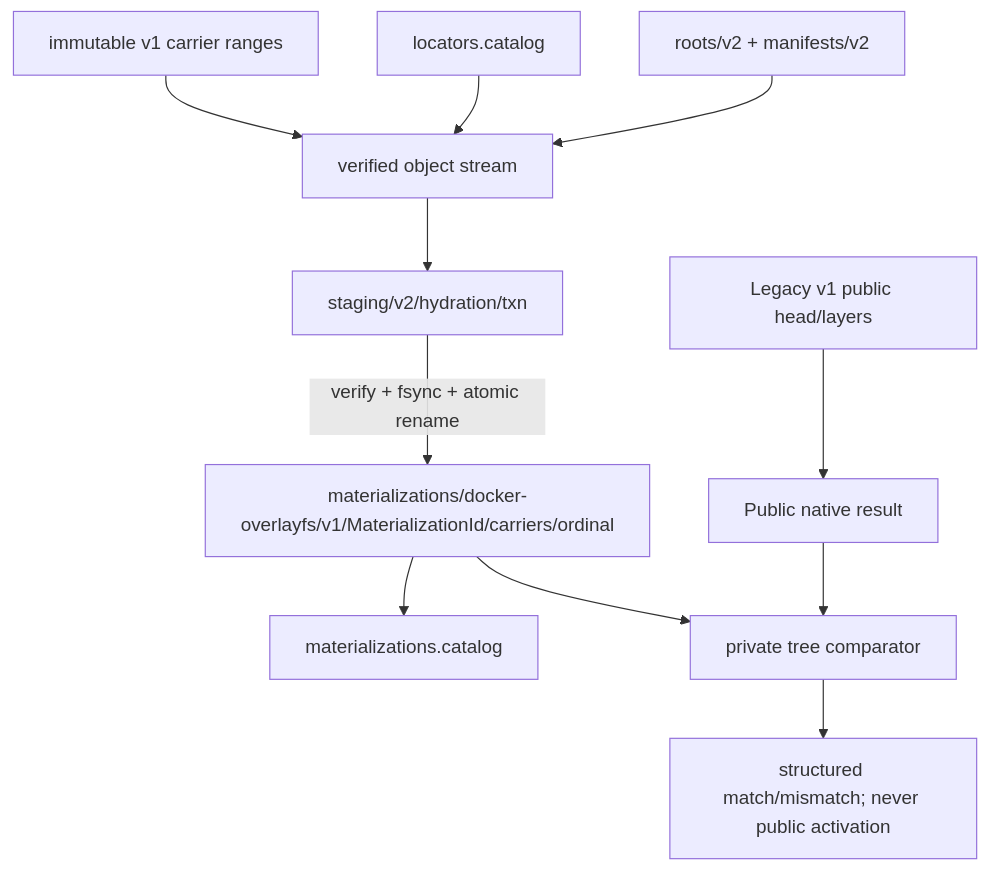
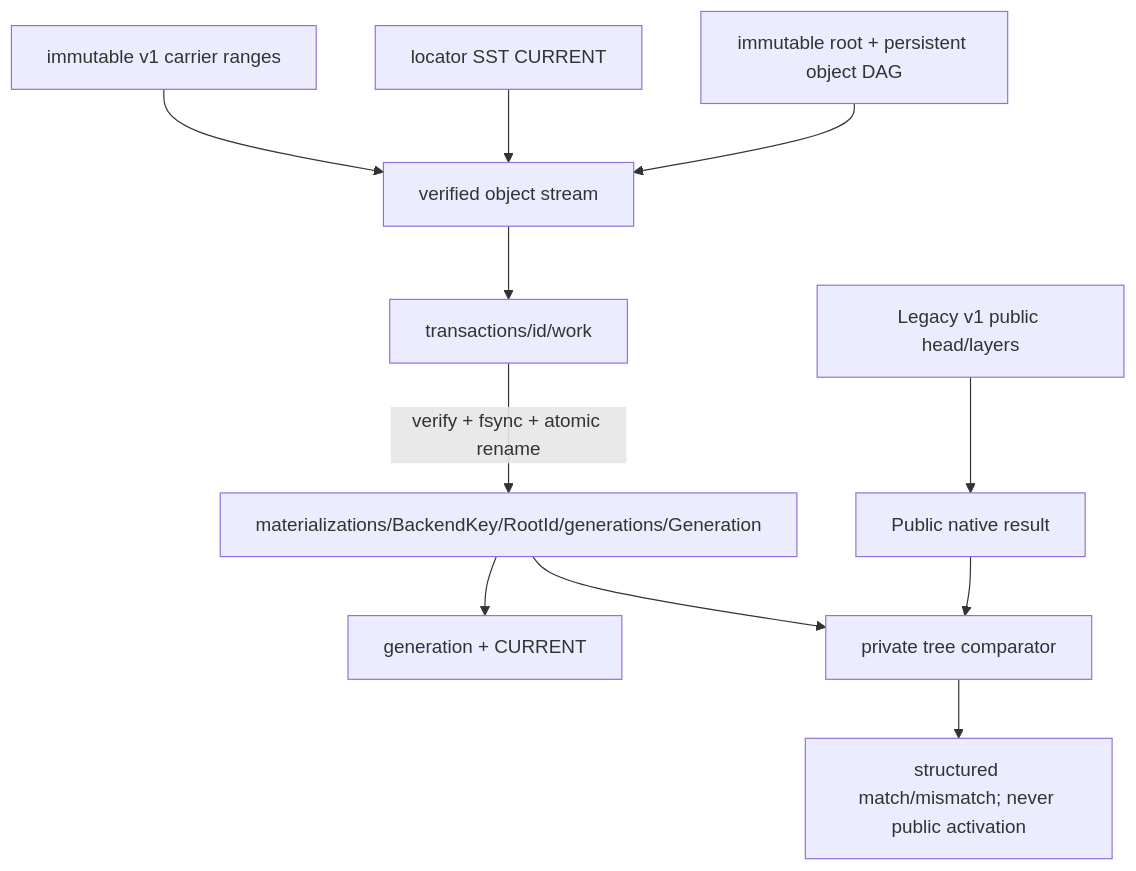
The second of 3 diagrams in implementation-plan/2.0 migration/phase 1/implementation/stage_05_candidate_materialization/spec.md (Ephemeral-AI-Lab/ephemeral-sandbox-docs), drawn with Mermaid before and after one commit. The commit also changed other lines of this file and 35 other files, not shown here.

````diff
--- a/implementation-plan/2.0 migration/phase 1/implementation/stage_05_candidate_materialization/spec.md
+++ b/implementation-plan/2.0 migration/phase 1/implementation/stage_05_candidate_materialization/spec.md
@@ -319,13 +409,13 @@
 ```mermaid
 flowchart TD
   LEGACY["Legacy v1 public head/layers"] --> PUBLIC["Public native result"]
-  ROOT["roots/v2 + manifests/v2"] --> READ["verified object stream"]
-  LOC["locators.catalog"] --> READ
+  ROOT["immutable root + persistent object DAG"] --> READ["verified object stream"]
+  LOC["locator SST CURRENT"] --> READ
   V1["immutable v1 carrier ranges"] --> READ
-  READ --> STAGE["staging/v2/hydration/txn"]
-  STAGE -->|verify + fsync + atomic rename| CARRIER["materializations/docker-overlayfs/v1/MaterializationId/carriers/ordinal"]
-  CARRIER --> CAT["materializations.catalog"]
+  READ --> STAGE["transactions/id/work"]
+  STAGE -->|verify + fsync + atomic rename| CARRIER["materializations/BackendKey/RootId/generations/Generation"]
+  CARRIER --> CAT["generation + CURRENT"]
   PUBLIC --> CMP["private tree comparator"]
   CARRIER --> CMP
   CMP --> OBS["structured match/mismatch; never public activation"]
 ```
````
